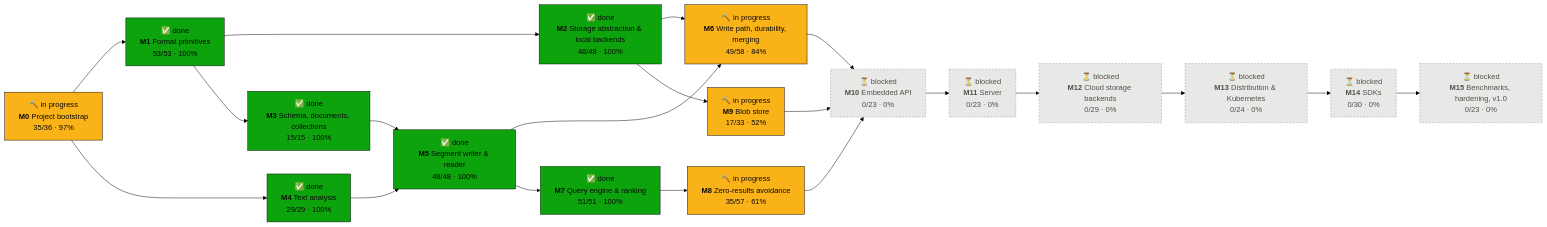
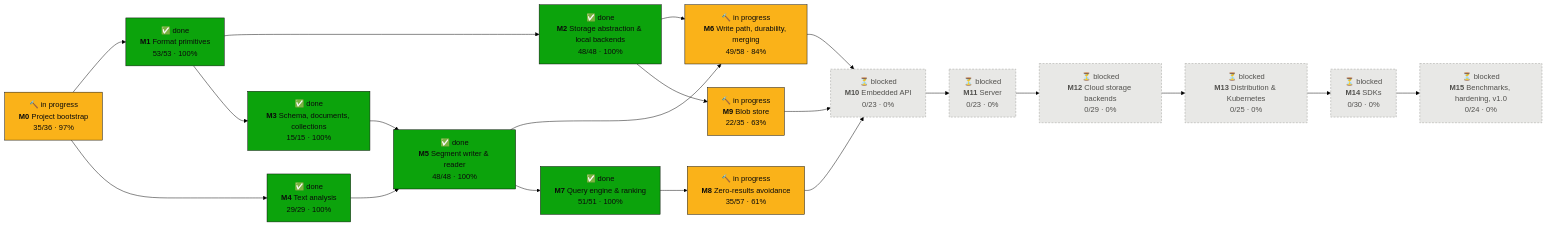
Before and after one commit to tomiok/persiaDB: the first of 2 diagrams in PROGRESS.md, drawn with Mermaid (forest theme). The commit also changed other lines of this file and 3 other files, not shown here.

Commit message:
chore(roadmap): tick 9.5.1, 9.5.2, 9.5.4, 9.5.7, 9.5.8; regenerate PROGRESS.md

````diff
--- a/PROGRESS.md
+++ b/PROGRESS.md
@@ -16,42 +16,42 @@
 ```mermaid
 flowchart LR
   M0["🔨 in progress<br/><b>M0</b> Project bootstrap<br/>35/36 · 97%"]:::doing
   M1["✅ done<br/><b>M1</b> Format primitives<br/>53/53 · 100%"]:::done
   M2["✅ done<br/><b>M2</b> Storage abstraction & local backends<br/>48/48 · 100%"]:::done
   M3["✅ done<br/><b>M3</b> Schema, documents, collections<br/>15/15 · 100%"]:::done
   M4["✅ done<br/><b>M4</b> Text analysis<br/>29/29 · 100%"]:::done
   M5["✅ done<br/><b>M5</b> Segment writer & reader<br/>48/48 · 100%"]:::done
   M6["🔨 in progress<br/><b>M6</b> Write path, durability, merging<br/>49/58 · 84%"]:::doing
   M7["✅ done<br/><b>M7</b> Query engine & ranking<br/>51/51 · 100%"]:::done
   M8["🔨 in progress<br/><b>M8</b> Zero-results avoidance<br/>35/57 · 61%"]:::doing
-  M9["🔨 in progress<br/><b>M9</b> Blob store<br/>17/33 · 52%"]:::doing
+  M9["🔨 in progress<br/><b>M9</b> Blob store<br/>22/35 · 63%"]:::doing
   M10["⏳ blocked<br/><b>M10</b> Embedded API<br/>0/23 · 0%"]:::blocked
   M11["⏳ blocked<br/><b>M11</b> Server<br/>0/23 · 0%"]:::blocked
   M12["⏳ blocked<br/><b>M12</b> Cloud storage backends<br/>0/29 · 0%"]:::blocked
-  M13["⏳ blocked<br/><b>M13</b> Distribution & Kubernetes<br/>0/24 · 0%"]:::blocked
+  M13["⏳ blocked<br/><b>M13</b> Distribution & Kubernetes<br/>0/25 · 0%"]:::blocked
   M14["⏳ blocked<br/><b>M14</b> SDKs<br/>0/30 · 0%"]:::blocked
-  M15["⏳ blocked<br/><b>M15</b> Benchmarks, hardening, v1.0<br/>0/23 · 0%"]:::blocked
+  M15["⏳ blocked<br/><b>M15</b> Benchmarks, hardening, v1.0<br/>0/24 · 0%"]:::blocked
   M0 --> M1
   M1 --> M2
   M1 --> M3
   M0 --> M4
   M3 --> M5
   M4 --> M5
   M2 --> M6
   M5 --> M6
   M5 --> M7
   M7 --> M8
   M2 --> M9
   M6 --> M10
   M8 --> M10
   M9 --> M10
   M10 --> M11
   M11 --> M12
   M12 --> M13
   M13 --> M14
   M14 --> M15
   classDef done fill:#0ca30c,stroke:#0b0b0b,color:#0b0b0b
   classDef doing fill:#fab219,stroke:#0b0b0b,color:#0b0b0b
   classDef ready fill:#fcfcfb,stroke:#0b0b0b,stroke-width:2px,color:#0b0b0b
   classDef blocked fill:#e8e8e6,stroke:#9a9a96,stroke-dasharray:4 3,color:#52514e
 ```
````
